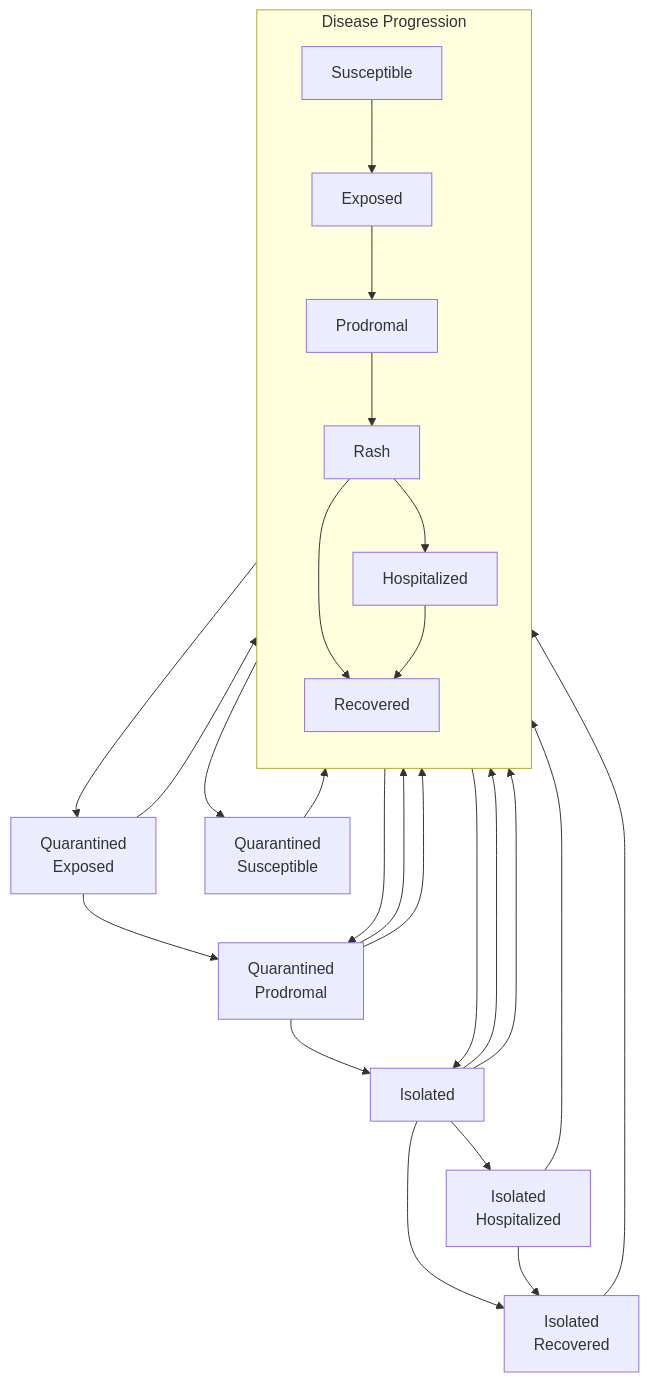
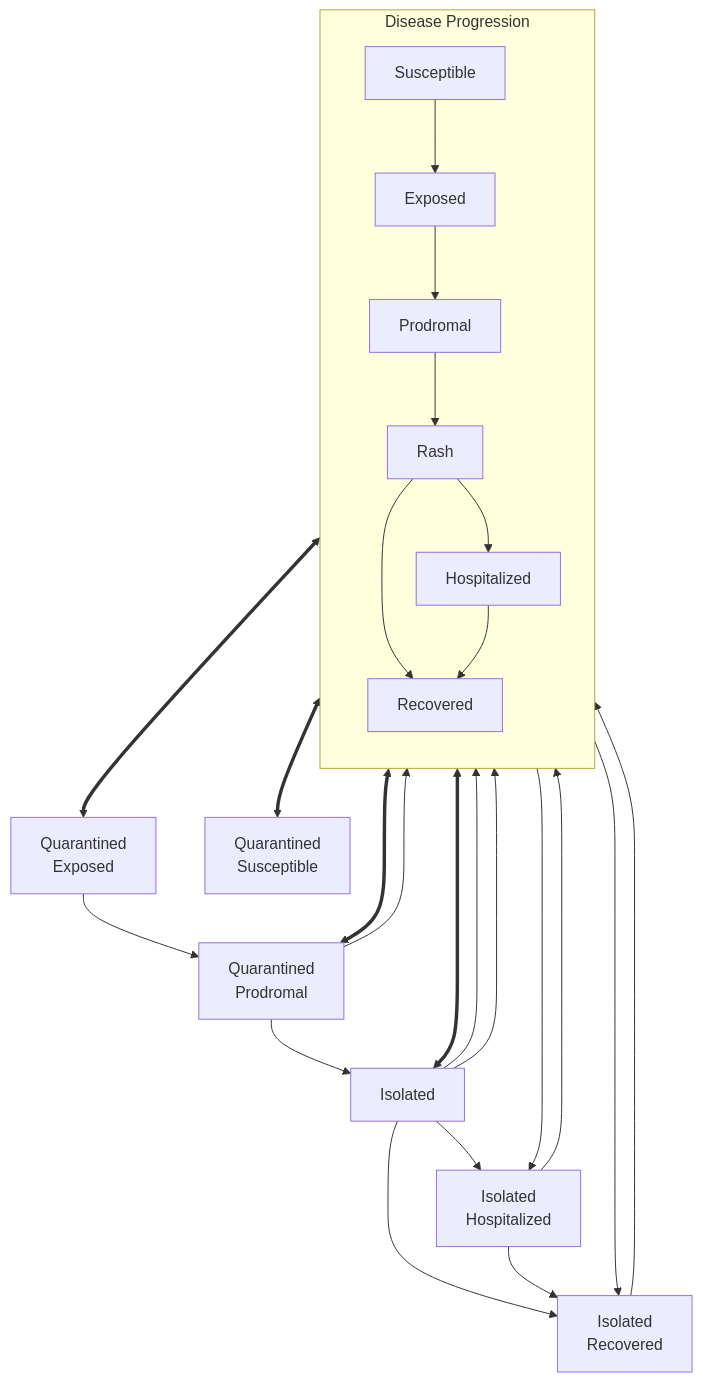
One commit to UofUEpiBio/epiworld changed the diagram in include/epiworld/models/measlesschool.mmd. Above: the diagram before and after it, drawn with Mermaid. The commit also changed 3 other files, not shown here.

Commit message:
Updating diagrams

```diff
--- a/include/epiworld/models/measlesschool.mmd
+++ b/include/epiworld/models/measlesschool.mmd
@@ -1,52 +1,52 @@
 flowchart TB
 
     %% Disease progression states
     subgraph Main[Disease Progression]
         direction TB
         S[Susceptible]
         E[Exposed]
         P[Prodromal]
         Ra[Rash]
         Re[Recovered]
         H[Hospitalized]
     end
 
     S --> E
     E --> P
     P --> Ra
     Ra --> Re
     
     Ra --> H
     H --> Re
 
     %% Quarantine states
     Qe[Quarantined<br>Exposed]
     Qs[Quarantined<br>Susceptible]
     Qp[Quarantined<br>Prodromal]
     I[Isolated]
     Ih[Isolated<br>Hospitalized]
     Ir[Isolated<br>Recovered]
 
     %% Isolation process
-    Ra --> I
-    I --> Ra
+    Ra <==> I
+    Ra --> Ir
+    Ra --> Ih
+
     I --> Re
     I --> Ih
+    I --> H
 
     I --> Ir
     Ih --> Ir
     Ih --> Re
     Ir --> Re
 
     %% Quarantine process
-    S --> Qs
-    Qs --> S
+    S <==> Qs
+    E <==> Qe
 
-    E --> Qe
-    Qe --> E
     Qe --> Qp
     Qp --> I
     Qp --> Ra
 
-    P --> Qp
-    Qp --> P
+    P <==> Qp
```
